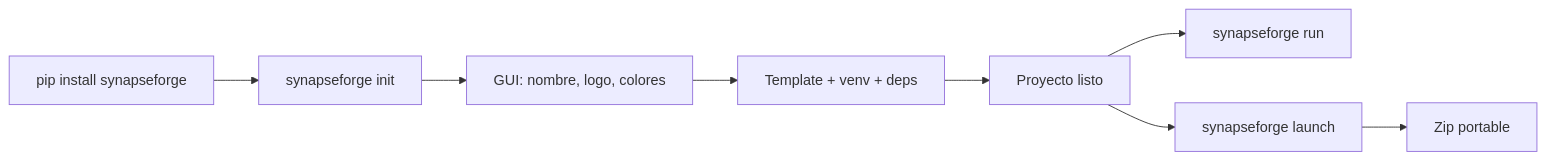
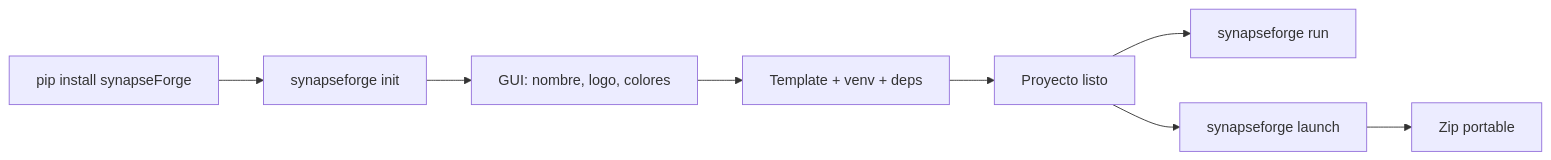
Before and after one commit to synapse-ai-hub/synapseForge: the diagram in ES.md, drawn with Mermaid. The commit also changed other lines of this file and 3 other files, not shown here.

````diff
--- a/ES.md
+++ b/ES.md
@@ -129,10 +129,10 @@
 ```mermaid
 flowchart LR
-    A["pip install synapseforge"] --> B["synapseforge init"]
+    A["pip install synapseForge"] --> B["synapseforge init"]
     B --> C["GUI: nombre, logo, colores"]
     C --> D["Template + venv + deps"]
     D --> E["Proyecto listo"]
     E --> F["synapseforge run"]
     E --> G["synapseforge launch"]
     G --> H["Zip portable"]
 ```
````
